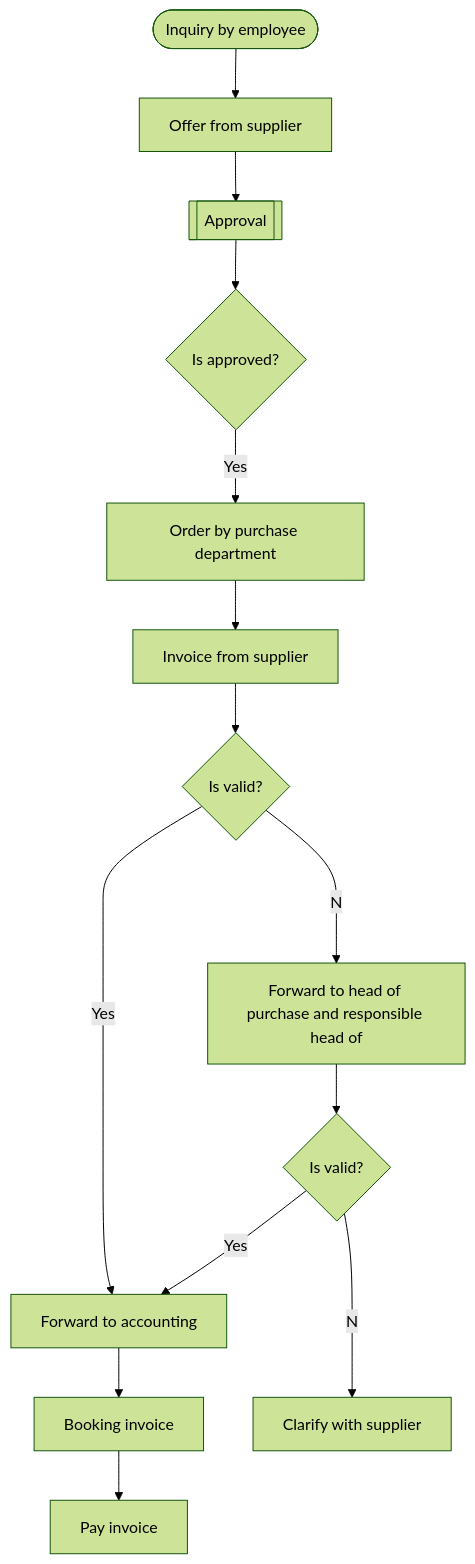
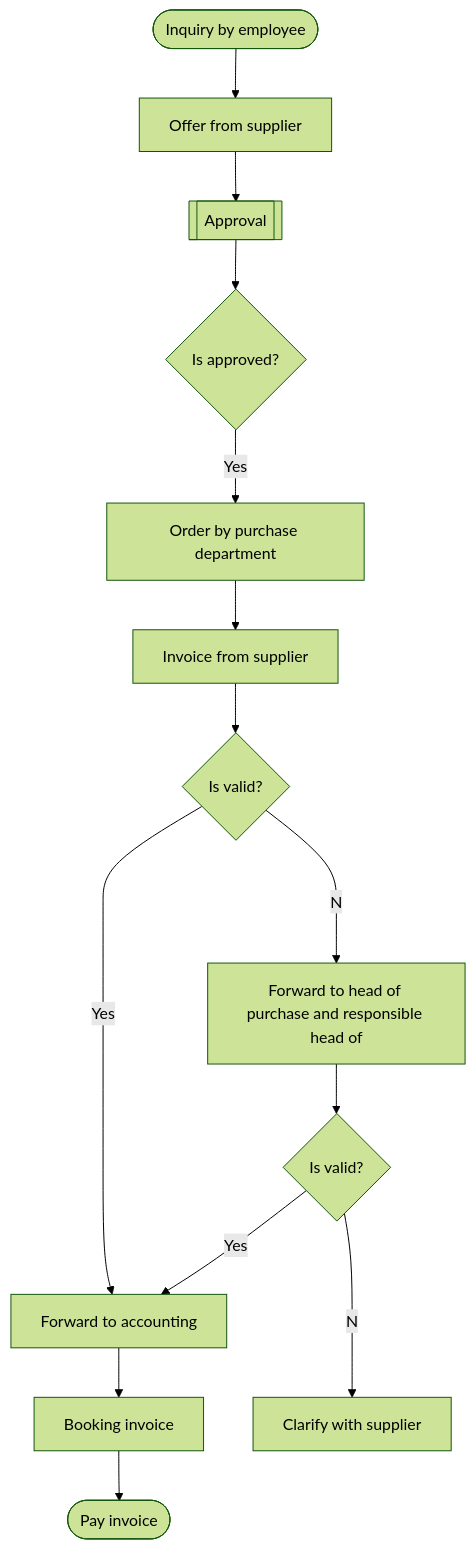
One commit to Karaka-Management/Organization-Guide changed the first of 2 diagrams in Processes/02_Purchase_Flowchart.md. Above: the diagram before and after it, drawn with Mermaid (forest theme).

````diff
--- a/Processes/02_Purchase_Flowchart.md
+++ b/Processes/02_Purchase_Flowchart.md
@@ -3,16 +3,16 @@
 ```mermaid
 graph TD;
     INQUIRY([Inquiry by employee])-->OFFER[Offer from supplier];
     OFFER-->APPROVAL[[Approval]];
     APPROVAL-->APPROVED{Is approved?};
     APPROVED-- Yes -->ORDER[Order by purchase department];
     ORDER-->INVOICE[Invoice from supplier];
     INVOICE-->CHECK_INVOICE{Is valid?};
     CHECK_INVOICE--Yes-->FORWARD_TO_ACCOUNTING[Forward to accounting];
     CHECK_INVOICE--No-->FORWARD_TO_RESPONSIBLE[Forward to head of purchase and responsible head of];
     FORWARD_TO_RESPONSIBLE-->CHECK_INVOICE_2{Is valid?};
     CHECK_INVOICE_2--Yes-->FORWARD_TO_ACCOUNTING;
     CHECK_INVOICE_2--No-->CLARIFY[Clarify with supplier];
     FORWARD_TO_ACCOUNTING-->BOOKING[Booking invoice];
-    BOOKING-->PAYING[Pay invoice];
+    BOOKING-->PAYING([Pay invoice]);
 ```
````
